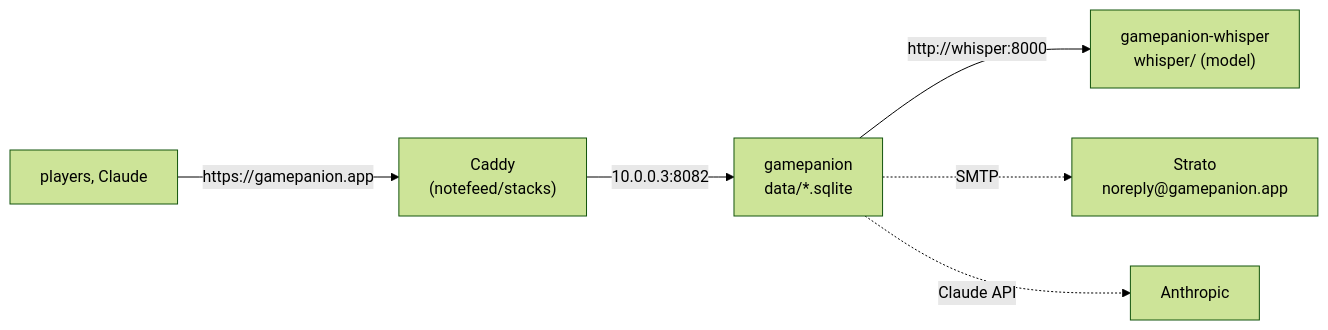
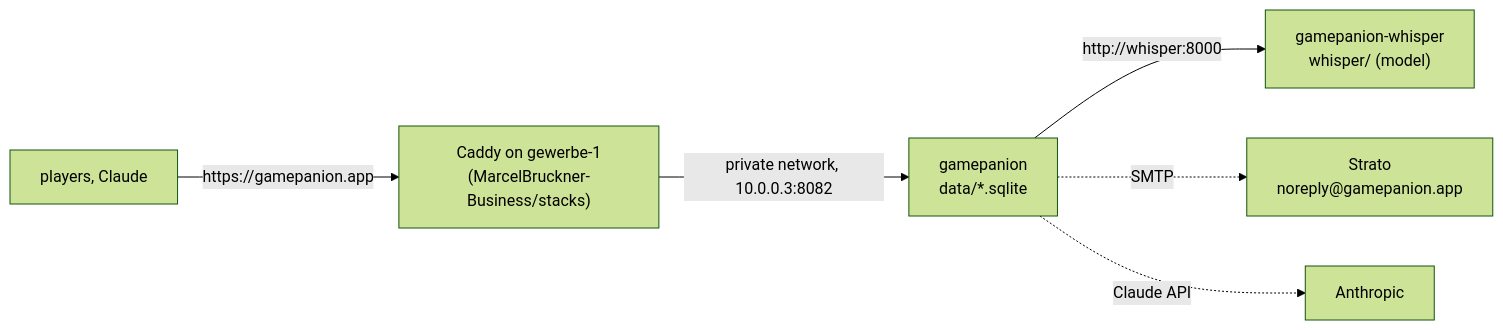
The diagram in docs/operations.md (Gamepanion/stacks), drawn with Mermaid (forest theme) before and after one commit. The commit also changed other lines of this file and 3 other files, not shown here.

First line of the commit message:
Caddy on gewerbe-1 passes requests on (MarcelBruckner-Business/ansible#34)

````diff
--- a/docs/operations.md
+++ b/docs/operations.md
@@ -5,8 +5,8 @@
 ```mermaid
 flowchart LR
-  P["players, Claude"] -- "https://gamepanion.app" --> C["Caddy<br/>(notefeed/stacks)"]
-  C -- "10.0.0.3:8082" --> G["gamepanion<br/>data/*.sqlite"]
+  P["players, Claude"] -- "https://gamepanion.app" --> C["Caddy on gewerbe-1<br/>(MarcelBruckner-Business/stacks)"]
+  C -- "private network, 10.0.0.3:8082" --> G["gamepanion<br/>data/*.sqlite"]
   G -- "http://whisper:8000" --> W["gamepanion-whisper<br/>whisper/ (model)"]
   G -. "SMTP" .-> M["Strato<br/>noreply@gamepanion.app"]
   G -. "Claude API" .-> A["Anthropic"]
 ```
````
